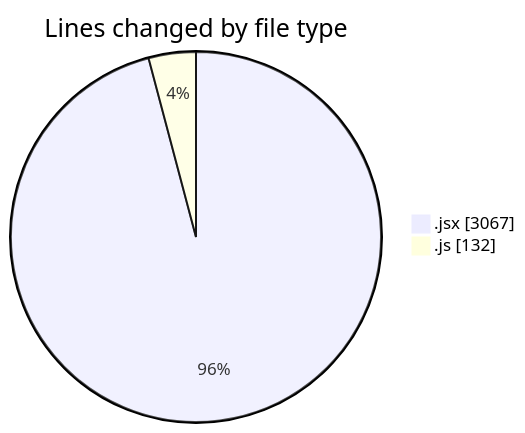
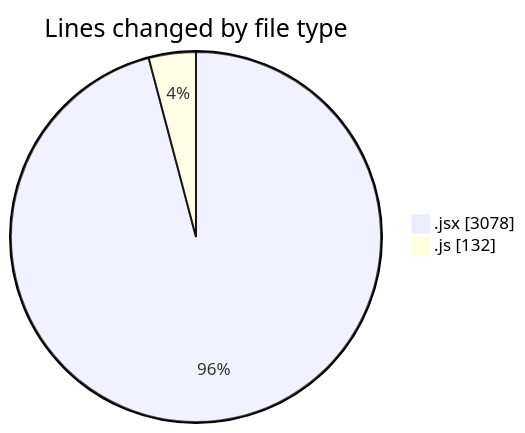
One commit to nxtqubesakshisongat/code-tracking changed the first of 2 diagrams in 2025-08-03/nxtqube_webapp/README.md. Above: the diagram before and after it, drawn with Mermaid. The commit also changed other lines of this file and 1 other file, not shown here.

````diff
--- a/2025-08-03/nxtqube_webapp/README.md
+++ b/2025-08-03/nxtqube_webapp/README.md
@@ -27,6 +27,6 @@
 ```mermaid
 pie showData
 title Lines changed by file type
-".jsx" : 3067
+".jsx" : 3078
 ".js" : 132
 ```
````
